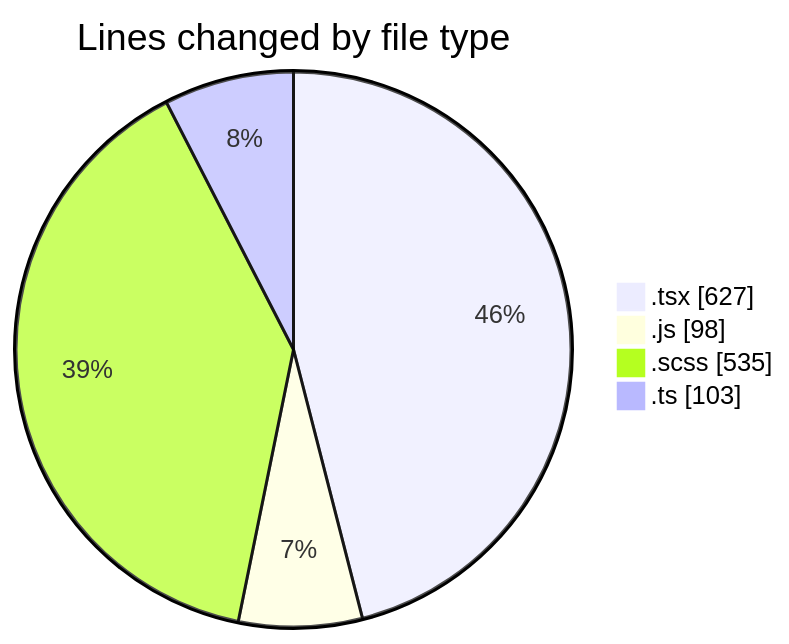
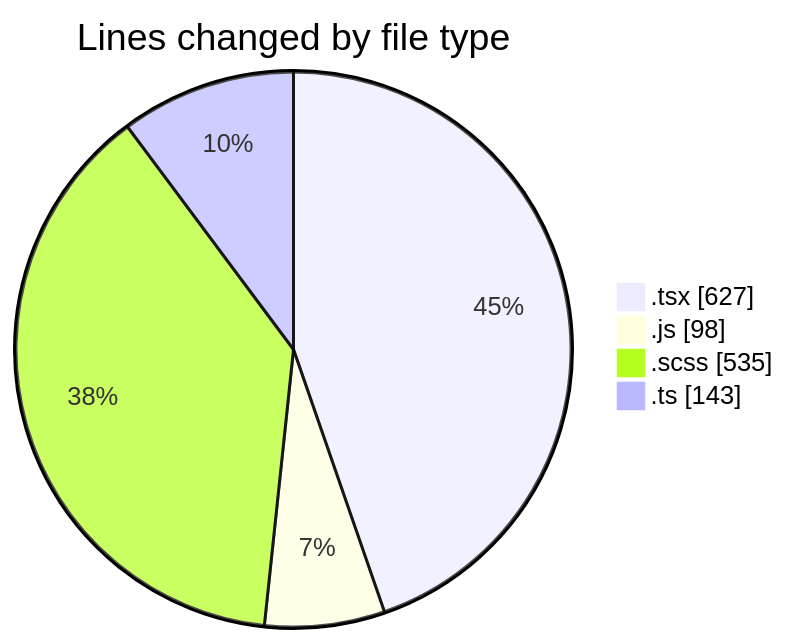
The first of 2 diagrams in 2025-03-31/cda/README.md (momahboobian/code-tracking), drawn with Mermaid before and after one commit. The commit also changed other lines of this file and 1 other file, not shown here.

````diff
--- a/2025-03-31/cda/README.md
+++ b/2025-03-31/cda/README.md
@@ -29,8 +29,8 @@
 ```mermaid
 pie showData
 title Lines changed by file type
 ".tsx" : 627
 ".js" : 98
 ".scss" : 535
-".ts" : 103
+".ts" : 143
 ```
````
